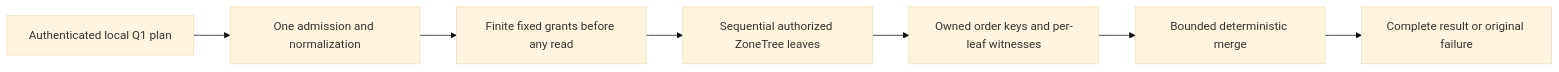
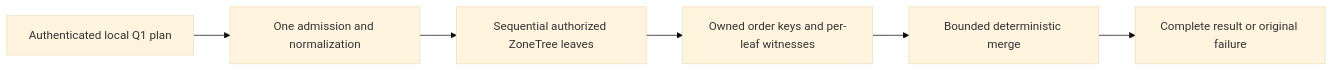
The diagram in docs/Features/QueryExecution/DistributedQueryExecution.md (managedcode/KeyLoad), drawn with Mermaid (base theme) before and after one commit. The commit also changed other lines of this file and 673 other files, not shown here.

````diff
--- a/docs/Features/QueryExecution/DistributedQueryExecution.md
+++ b/docs/Features/QueryExecution/DistributedQueryExecution.md
@@ -148,9 +144,8 @@
 ```mermaid
 flowchart LR
     P[Authenticated local Q1 plan] --> V[One admission and normalization]
-    V --> G[Finite fixed grants before any read]
-    G --> L[Sequential authorized ZoneTree leaves]
+    V --> L[Sequential authorized ZoneTree leaves]
     L --> W[Owned order keys and per-leaf witnesses]
     W --> M[Bounded deterministic merge]
     M --> R[Complete result or original failure]
 ```
````
